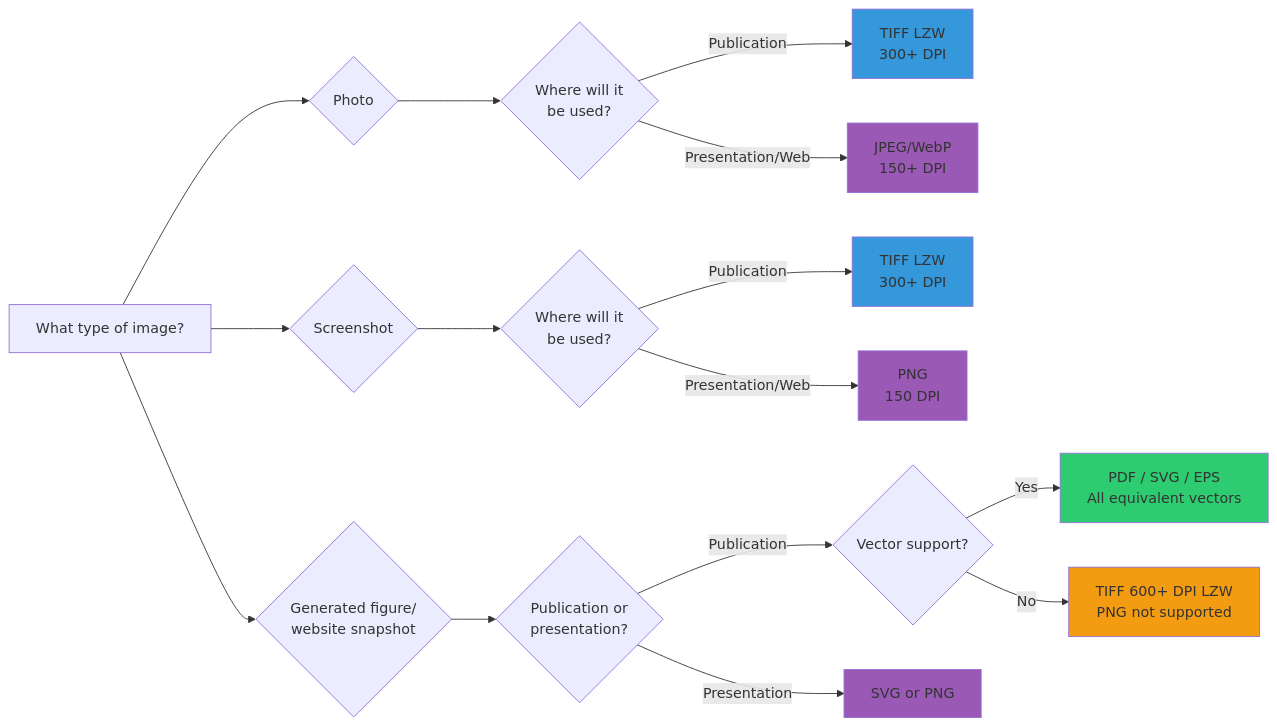
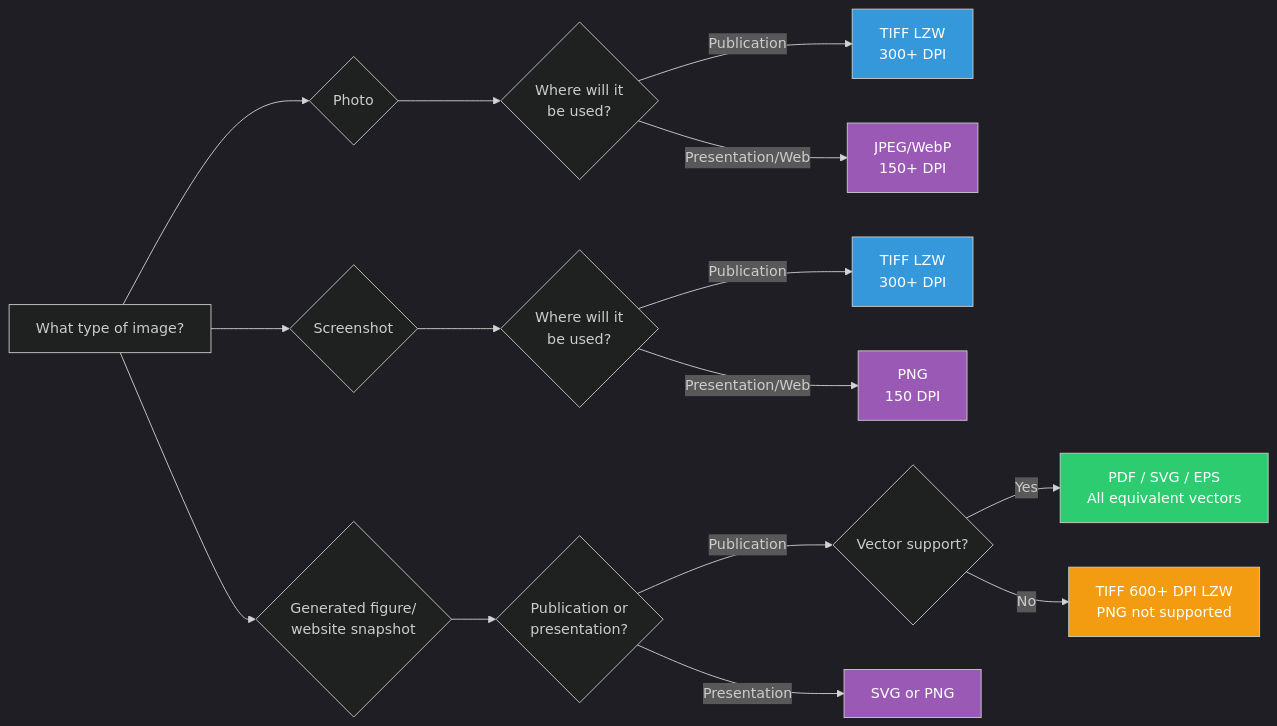
The diagram in topics/01_formats.qmd (stanstrup/figure_presentation), drawn with Mermaid before and after one commit. The commit also changed other lines of this file, not shown here.

First line of the commit message:
Improve format presentation: mermaid styling and display fixes

````diff
--- a/topics/01_formats.qmd
+++ b/topics/01_formats.qmd
@@ -198,32 +198,33 @@
 ```{mermaid}
+%%{init: {'theme':'dark'}}%%
 
 flowchart LR
     A[What type of image?] --> B{Photo}
     A --> C{Screenshot}
     A --> D{Generated figure/<br/>website snapshot}
 
 
     B --> B1{Where will it<br/>be used?}
     B1 -->|Publication| B2[TIFF LZW<br/>300+ DPI]
     B1 -->|Presentation/Web| B3[JPEG/WebP <br/> 150+ DPI]
 
     C --> C1{Where will it<br/>be used?}
     C1 -->|Publication| C2[TIFF LZW<br/>300+ DPI]
     C1 -->|Presentation/Web| C3[PNG<br/>150 DPI]
 
     D --> D1{Publication or<br/>presentation?}
     D1 -->|Publication| D2{Vector support?}
     D1 -->|Presentation| D3[SVG or PNG]
 
     D2 -->|Yes| D4[PDF / SVG / EPS<br/>All equivalent vectors]
     D2 -->|No| D5[TIFF 600+ DPI LZW<br/>PNG not supported]
 
-    style D4 fill:#2ecc71
-    style D5 fill:#f39c12
-    style D3 fill:#9b59b6
-    style B2 fill:#3498db
-    style B3 fill:#9b59b6
-    style C2 fill:#3498db
-    style C3 fill:#9b59b6
+    style D4 fill:#2ecc71,color:#fff
+    style D5 fill:#f39c12,color:#fff
+    style D3 fill:#9b59b6,color:#fff
+    style B2 fill:#3498db,color:#fff
+    style B3 fill:#9b59b6,color:#fff
+    style C2 fill:#3498db,color:#fff
+    style C3 fill:#9b59b6,color:#fff
 
 ```
````
